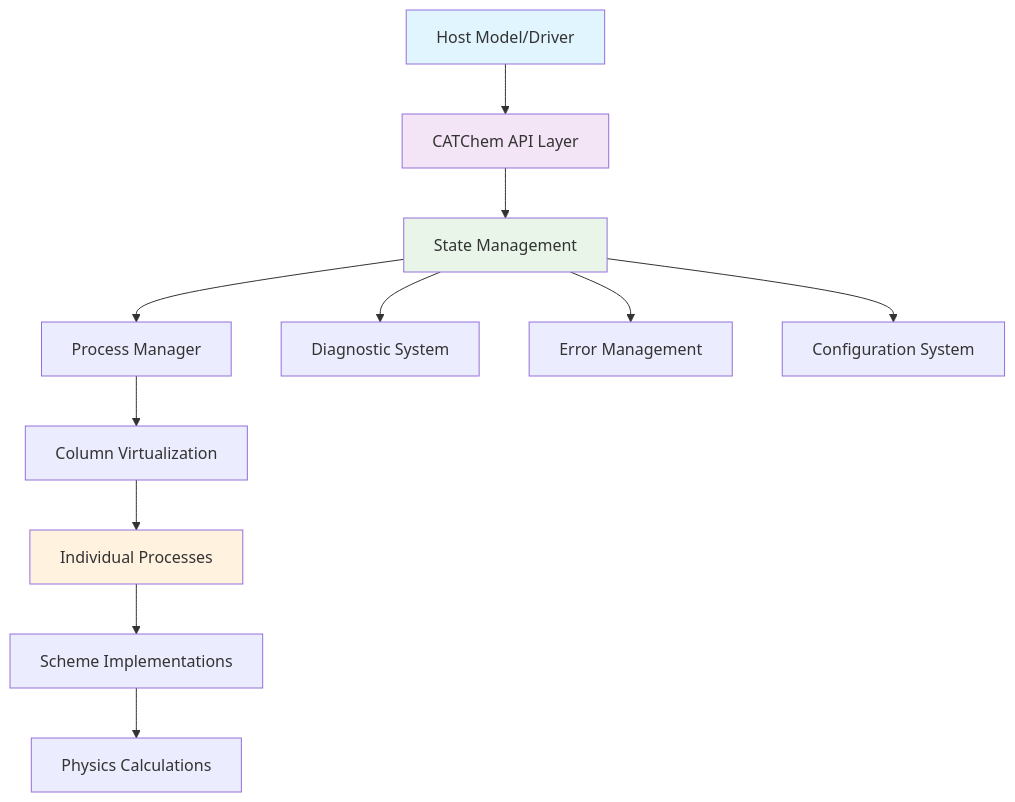
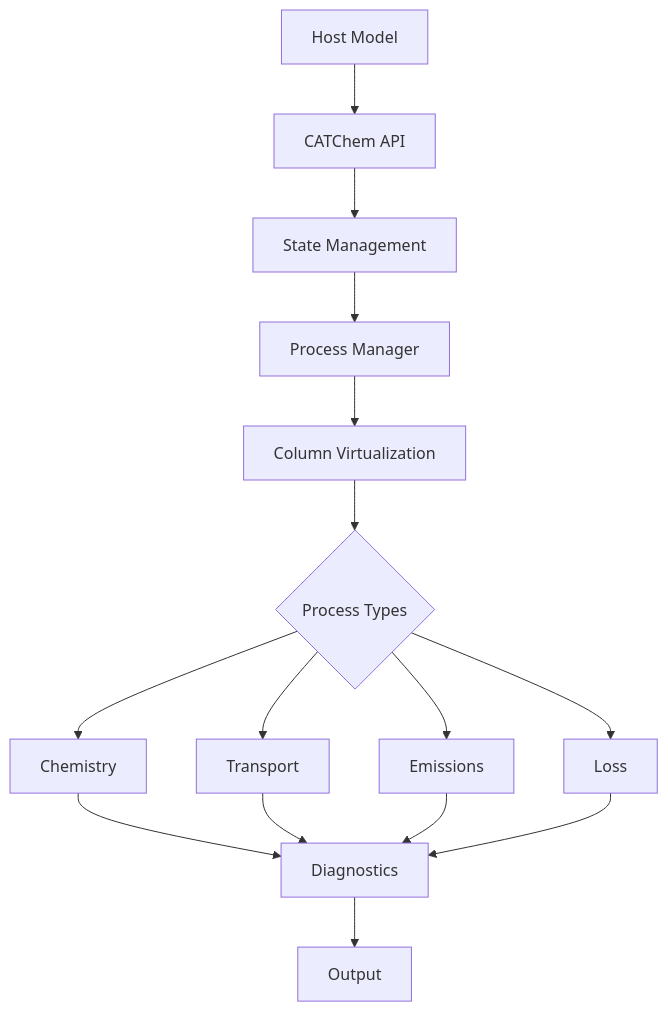
Before and after one commit to jianheACM/CATChem: the diagram in docs/developer-guide/index.md, drawn with Mermaid. The commit also changed 115 other files, not shown here.

````diff
--- a/docs/developer-guide/index.md
+++ b/docs/developer-guide/index.md
@@ -47,19 +47,17 @@
 ```mermaid
-graph TB
-    A[Host Model/Driver] --> B[CATChem API Layer]
-    B --> C[State Management]
-    C --> D[Process Manager]
-    D --> E[Column Virtualization]
-    E --> F[Individual Processes]
-    F --> G[Scheme Implementations]
-    G --> H[Physics Calculations]
-
-    C --> I[Diagnostic System]
-    C --> J[Error Management]
-    C --> K[Configuration System]
-
-    style A fill:#e1f5fe
-    style B fill:#f3e5f5
-    style C fill:#e8f5e8
-    style F fill:#fff3e0
+flowchart TB
+    A["Host Model"] --> B["CATChem API"]
+    B --> C["State Management"]
+    C --> D["Process Manager"]
+    D --> E["Column Virtualization"]
+    E --> F{"Process Types"}
+    F --> G["Chemistry"]
+    F --> H["Transport"]
+    F --> I["Emissions"]
+    F --> J["Loss"]
+    G --> K["Diagnostics"]
+    H --> K
+    I --> K
+    J --> K
+    K --> L["Output"]
 ```
````
